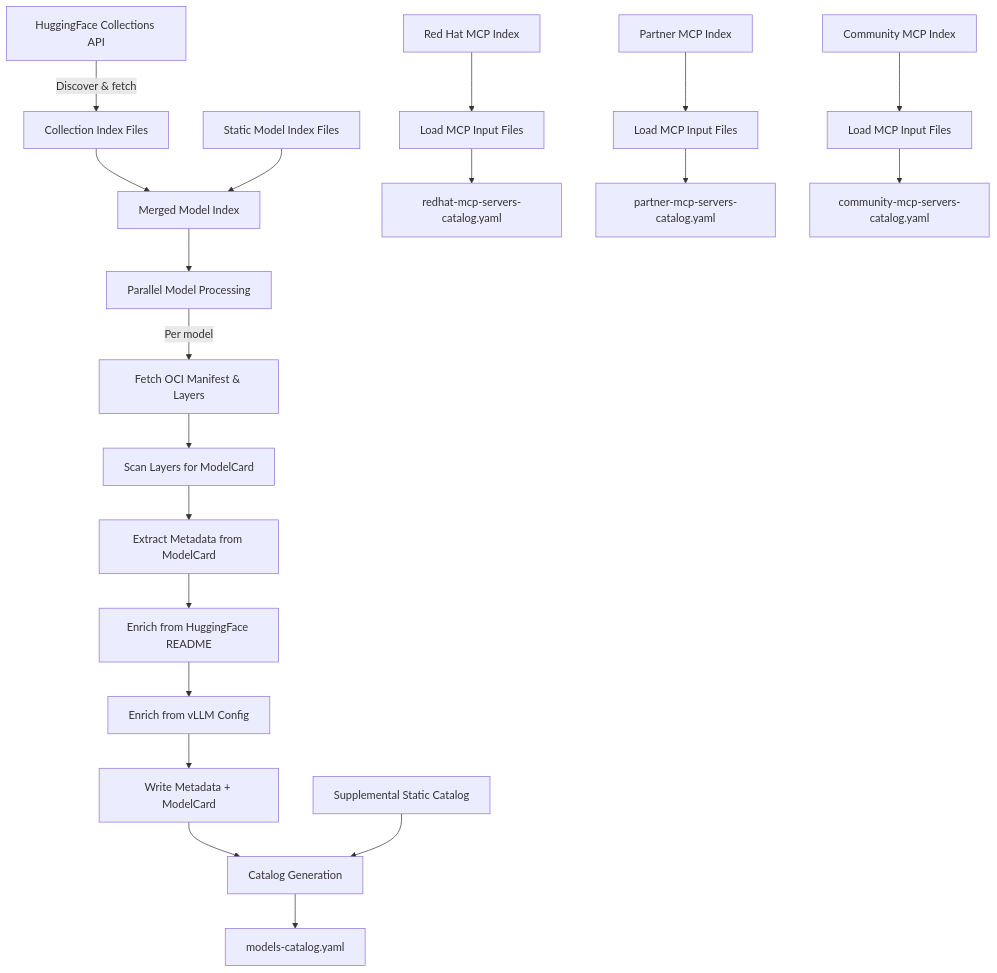
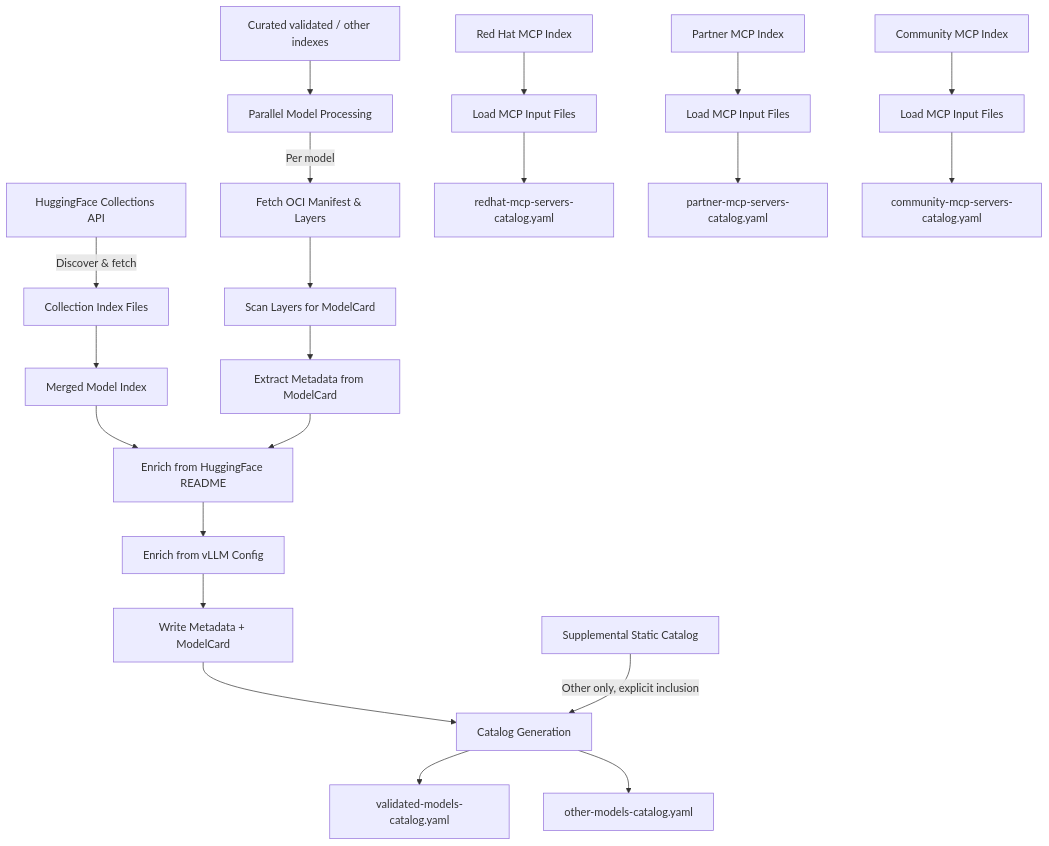
The first of 3 diagrams in ARCHITECTURE.md (red-hat-data-services/model-metadata-collection), drawn with Mermaid before and after one commit. The commit also changed other lines of this file and 15 other files, not shown here.

Commit message:
Consolidate model metadata into validated and other catalogs

````diff
--- a/ARCHITECTURE.md
+++ b/ARCHITECTURE.md
@@ -11,25 +11,27 @@
 ```mermaid
 flowchart TD
     A[HuggingFace Collections API] -->|Discover & fetch| B[Collection Index Files]
     B --> C[Merged Model Index]
-    D[Static Model Index Files] --> C
-    C --> E[Parallel Model Processing]
+    D[Curated validated / other indexes] --> E
+    C --> I
+    E[Parallel Model Processing]
     E -->|Per model| F[Fetch OCI Manifest & Layers]
     F --> G[Scan Layers for ModelCard]
     G --> H[Extract Metadata from ModelCard]
     H --> I[Enrich from HuggingFace README]
     I --> J[Enrich from vLLM Config]
     J --> K[Write Metadata + ModelCard]
     K --> L[Catalog Generation]
-    M[Supplemental Static Catalog] --> L
-    L --> N[models-catalog.yaml]
+    M[Supplemental Static Catalog] -->|Other only, explicit inclusion| L
+    L --> N[validated-models-catalog.yaml]
+    L --> X[other-models-catalog.yaml]
 
     O[Red Hat MCP Index] --> P[Load MCP Input Files]
     P --> Q[redhat-mcp-servers-catalog.yaml]
 
     R[Partner MCP Index] --> S[Load MCP Input Files]
     S --> T[partner-mcp-servers-catalog.yaml]
 
     U[Community MCP Index] --> V[Load MCP Input Files]
     V --> W[community-mcp-servers-catalog.yaml]
 ```
````
